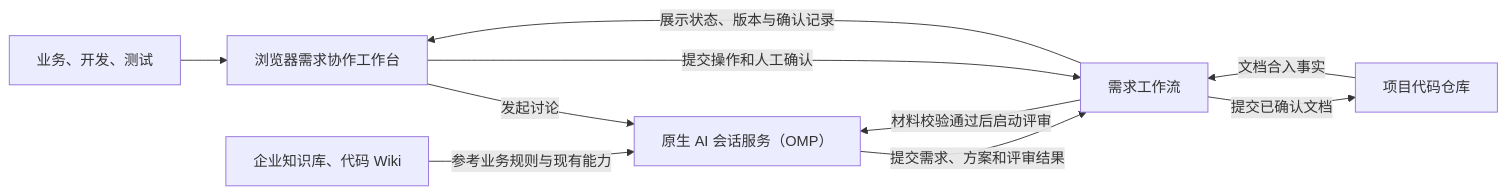
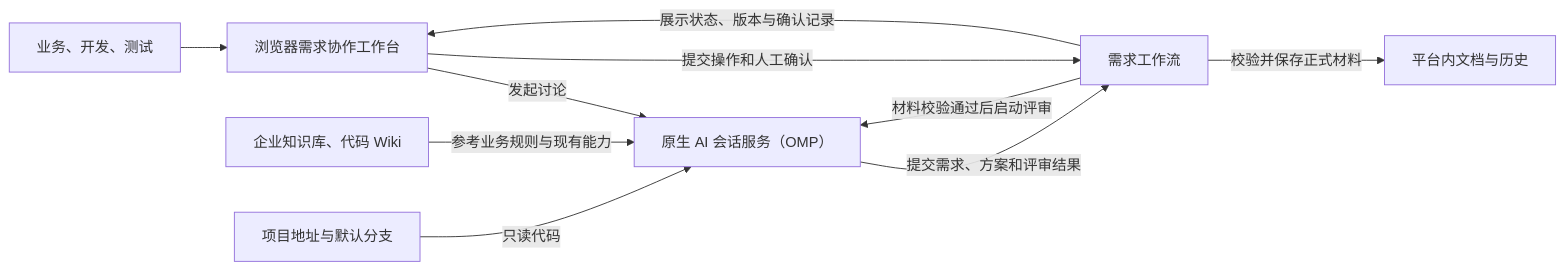
The first of 2 diagrams in docs/briefings/requirements-collaboration.md (jchanghong023/ZCode), drawn with Mermaid before and after one commit. The commit also changed other lines of this file and 74 other files, not shown here.

````diff
--- a/docs/briefings/requirements-collaboration.md
+++ b/docs/briefings/requirements-collaboration.md
@@ -9,12 +9,12 @@
 ```mermaid
 flowchart LR
   People["业务、开发、测试"] --> Web["浏览器需求协作工作台"]
   Web -->|发起讨论| Agent["原生 AI 会话服务（OMP）"]
   Knowledge["企业知识库、代码 Wiki"] -->|参考业务规则与现有能力| Agent
   Web -->|提交操作和人工确认| Workflow["需求工作流"]
   Agent -->|提交需求、方案和评审结果| Workflow
   Workflow -->|材料校验通过后启动评审| Agent
-  Workflow -->|提交已确认文档| Repo["项目代码仓库"]
-  Repo -->|文档合入事实| Workflow
+  Repo["项目地址与默认分支"] -->|只读代码| Agent
+  Workflow -->|校验并保存正式材料| Archive["平台内文档与历史"]
   Workflow -->|展示状态、版本与确认记录| Web
 ```
````
